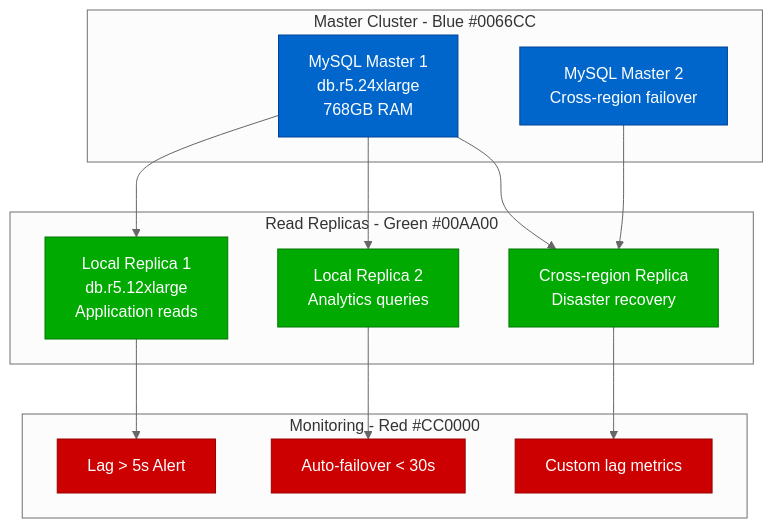
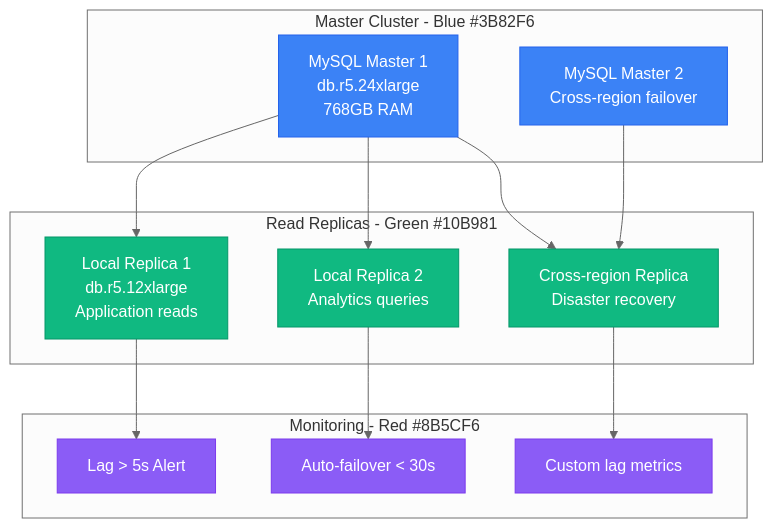
The fourth of 4 diagrams in site/docs/debugging/database-replication-lag-debugging.md (deepaucksharma/DS), drawn with Mermaid (neutral theme) before and after one commit. The commit also changed other lines of this file and 187 other files, not shown here.

````diff
--- a/site/docs/debugging/database-replication-lag-debugging.md
+++ b/site/docs/debugging/database-replication-lag-debugging.md
@@ -362,36 +362,36 @@
 ```mermaid
 graph TB
-    subgraph Master[Master Cluster - Blue #0066CC]
+    subgraph Master[Master Cluster - Blue #3B82F6]
         MASTER1[MySQL Master 1<br/>db.r5.24xlarge<br/>768GB RAM]
         MASTER2[MySQL Master 2<br/>Cross-region failover]
     end
 
-    subgraph ReadReplicas[Read Replicas - Green #00AA00]
+    subgraph ReadReplicas[Read Replicas - Green #10B981]
         REPLICA1[Local Replica 1<br/>db.r5.12xlarge<br/>Application reads]
         REPLICA2[Local Replica 2<br/>Analytics queries]
         REPLICA3[Cross-region Replica<br/>Disaster recovery]
     end
 
-    subgraph Monitoring[Monitoring - Red #CC0000]
+    subgraph Monitoring[Monitoring - Red #8B5CF6]
         LAG_ALERT[Lag > 5s Alert]
         FAILOVER[Auto-failover < 30s]
         METRICS[Custom lag metrics]
     end
 
     MASTER1 --> REPLICA1
     MASTER1 --> REPLICA2
     MASTER1 --> REPLICA3
     MASTER2 --> REPLICA3
 
     REPLICA1 --> LAG_ALERT
     REPLICA2 --> FAILOVER
     REPLICA3 --> METRICS
 
-    classDef masterStyle fill:#0066CC,stroke:#004499,color:#fff
-    classDef replicaStyle fill:#00AA00,stroke:#007700,color:#fff
-    classDef monitorStyle fill:#CC0000,stroke:#990000,color:#fff
+    classDef masterStyle fill:#3B82F6,stroke:#2563EB,color:#fff
+    classDef replicaStyle fill:#10B981,stroke:#059669,color:#fff
+    classDef monitorStyle fill:#8B5CF6,stroke:#7C3AED,color:#fff
 
     class MASTER1,MASTER2 masterStyle
     class REPLICA1,REPLICA2,REPLICA3 replicaStyle
     class LAG_ALERT,FAILOVER,METRICS monitorStyle
 ```
````
